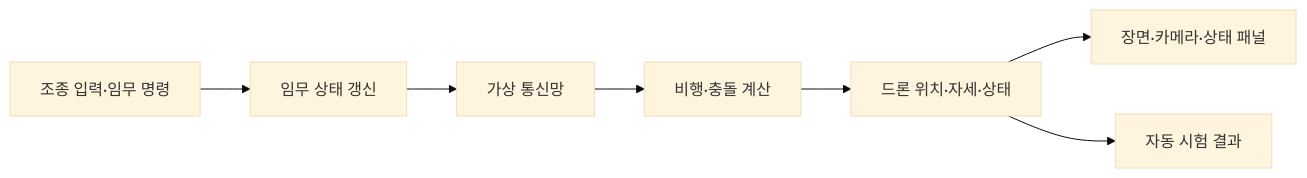
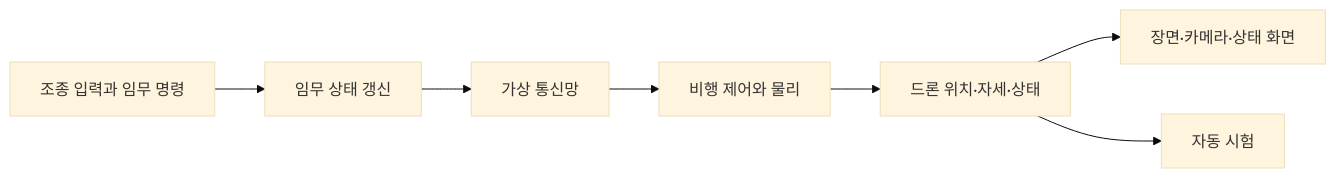
The diagram in docs/public/기술구조.md (cgantro/DroneSim), drawn with Mermaid (base theme) before and after one commit. The commit also changed other lines of this file and 6 other files, not shown here.

````diff
--- a/docs/public/기술구조.md
+++ b/docs/public/기술구조.md
@@ -9,9 +9,9 @@
 ```mermaid
 flowchart LR
-    Input[조종 입력·임무 명령] --> Mission[임무 상태 갱신]
+    Input[조종 입력과 임무 명령] --> Mission[임무 상태 갱신]
     Mission --> Network[가상 통신망]
-    Network --> Flight[비행·충돌 계산]
+    Network --> Flight[비행 제어와 물리]
     Flight --> State[드론 위치·자세·상태]
-    State --> View[장면·카메라·상태 패널]
-    State --> Tests[자동 시험 결과]
+    State --> View[장면·카메라·상태 화면]
+    State --> Tests[자동 시험]
 ```
````
